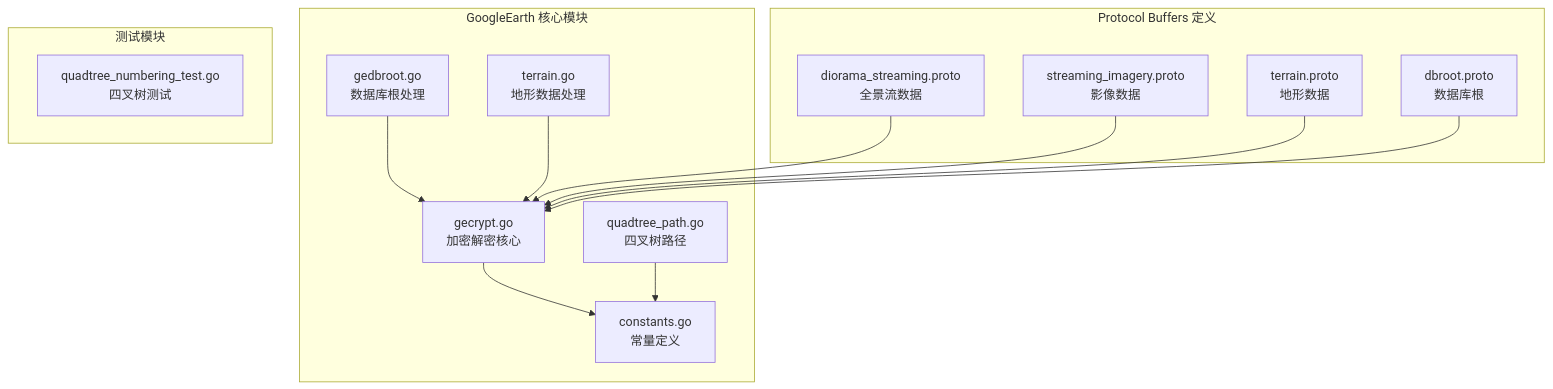
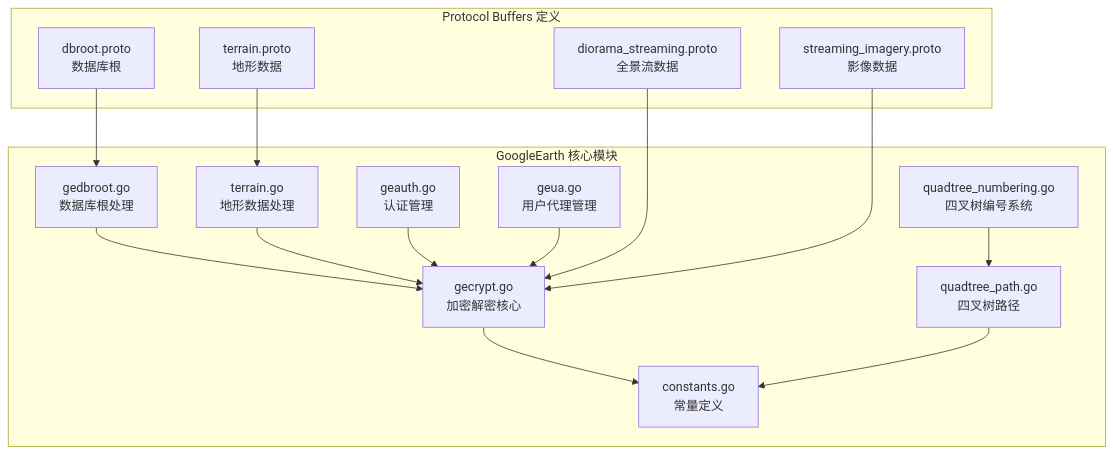
One commit to vistone/crawler-platform changed the first of 10 diagrams in .qoder/repowiki/zh/content/核心功能/Google Earth 加密解密.md. Above: the diagram before and after it, drawn with Mermaid. The commit also changed other lines of this file and 40 other files, not shown here.

````diff
--- a/.qoder/repowiki/zh/content/核心功能/Google Earth 加密解密.md
+++ b/.qoder/repowiki/zh/content/核心功能/Google Earth 加密解密.md
@@ -45,27 +59,30 @@
 ```mermaid
 graph TB
 subgraph "GoogleEarth 核心模块"
 A[gecrypt.go<br/>加密解密核心]
 B[constants.go<br/>常量定义]
 C[gedbroot.go<br/>数据库根处理]
 D[quadtree_path.go<br/>四叉树路径]
 E[terrain.go<br/>地形数据处理]
+F[geauth.go<br/>认证管理]
+G[geua.go<br/>用户代理管理]
+H[quadtree_numbering.go<br/>四叉树编号系统]
 end
 subgraph "Protocol Buffers 定义"
-F[diorama_streaming.proto<br/>全景流数据]
-G[streaming_imagery.proto<br/>影像数据]
-H[terrain.proto<br/>地形数据]
-I[dbroot.proto<br/>数据库根]
-end
-subgraph "测试模块"
-J[quadtree_numbering_test.go<br/>四叉树测试]
+I[diorama_streaming.proto<br/>全景流数据]
+J[streaming_imagery.proto<br/>影像数据]
+K[terrain.proto<br/>地形数据]
+L[dbroot.proto<br/>数据库根]
 end
 A --> B
 C --> A
 D --> B
 E --> A
 F --> A
 G --> A
-H --> A
+H --> D
 I --> A
+J --> A
+K --> E
+L --> C
 ```
````
